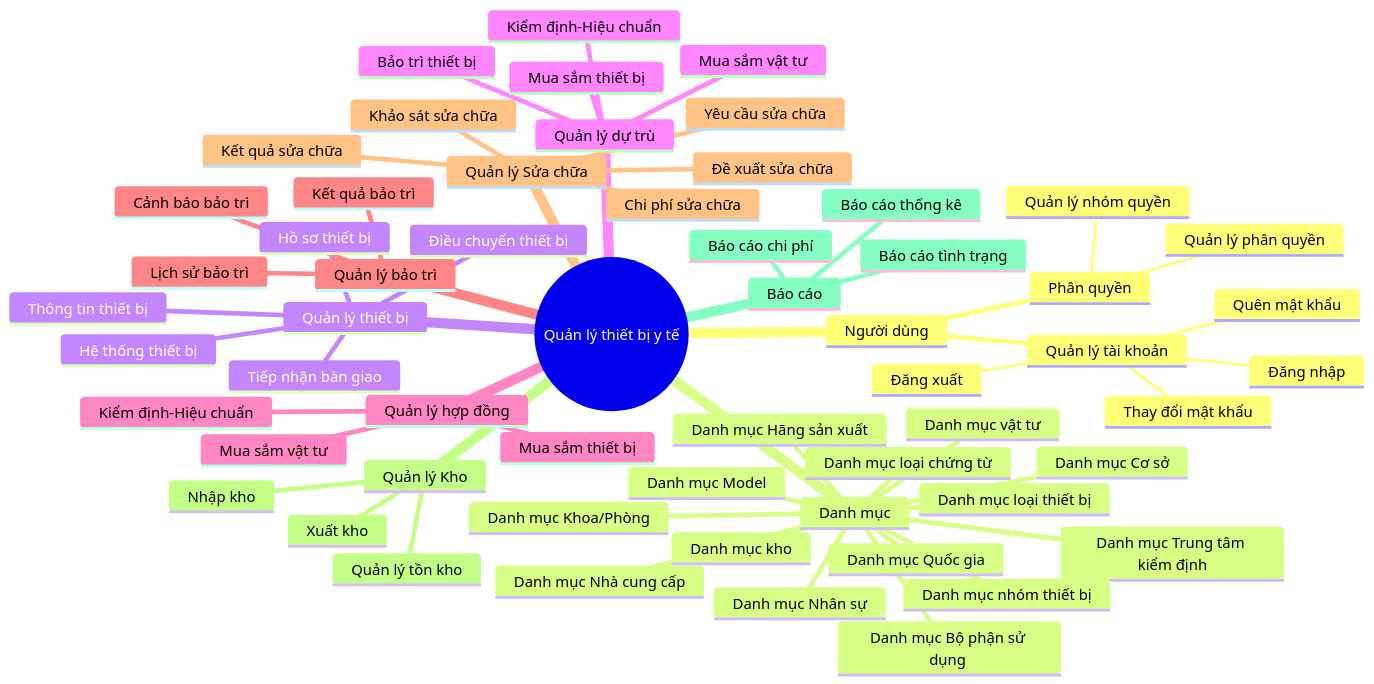
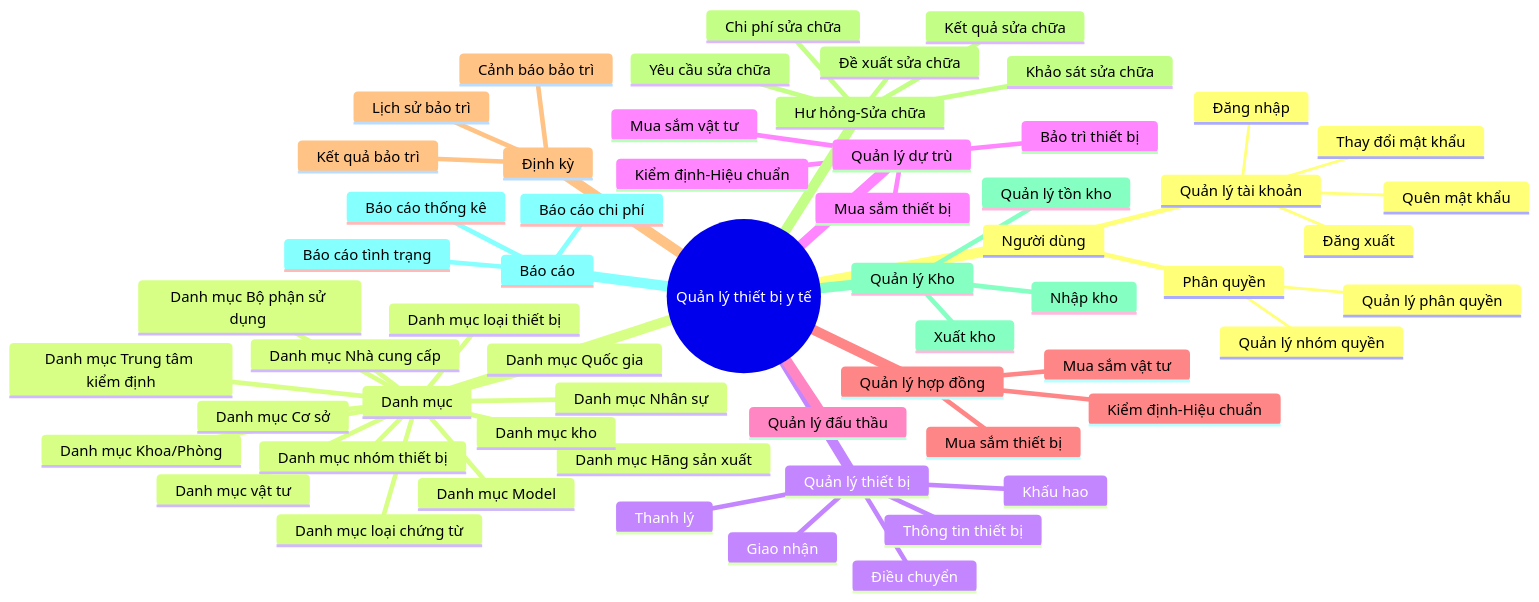
One commit to nthanhdo/mems-brainstorm changed the diagram in mindmap.md. Above: the diagram before and after it, drawn with Mermaid.

````diff
--- a/mindmap.md
+++ b/mindmap.md
@@ -1,72 +1,74 @@
 ```mermaid
 mindmap
   root((Quản lý thiết bị y tế))
     Người dùng
       Quản lý tài khoản
          Đăng nhập
          Đăng xuất
          Thay đổi mật khẩu
          Quên mật khẩu
          
       Phân quyền
          Quản lý nhóm quyền
          Quản lý phân quyền
 
     Danh mục
       Danh mục Cơ sở
       Danh mục Khoa/Phòng
       Danh mục Bộ phận sử dụng 
       Danh mục Nhân sự
       Danh mục Quốc gia
       Danh mục Hãng sản xuất
       Danh mục Model
       Danh mục kho
       Danh mục Nhà cung cấp
       Danh mục Trung tâm kiểm định
       Danh mục nhóm thiết bị
       Danh mục loại thiết bị
       Danh mục vật tư
       Danh mục loại chứng từ
 
     Quản lý thiết bị
       Thông tin thiết bị
-      Hồ sơ thiết bị
-      Hệ thống thiết bị
-      Tiếp nhận bàn giao
-      Điều chuyển thiết bị
+      Giao nhận
+      Điều chuyển
+      Khấu hao
+      Thanh lý
 
     Quản lý dự trù
       Mua sắm thiết bị
       Mua sắm vật tư
       Bảo trì thiết bị
       Kiểm định-Hiệu chuẩn
 
+    Quản lý đấu thầu
+
     Quản lý hợp đồng
       Mua sắm thiết bị
       Mua sắm vật tư
       Kiểm định-Hiệu chuẩn
       
-    Quản lý bảo trì
+    Định kỳ
       Kết quả bảo trì
       Lịch sử bảo trì
       Cảnh báo bảo trì
 
-    Quản lý Sửa chữa
+    Hư hỏng-Sửa chữa
       Yêu cầu sửa chữa
       Khảo sát sửa chữa
       Đề xuất sửa chữa
       Kết quả sửa chữa
       Chi phí sửa chữa
 
     Quản lý Kho
       Quản lý tồn kho
       Nhập kho
       Xuất kho
 
     Báo cáo
       Báo cáo thống kê
       Báo cáo tình trạng
       Báo cáo chi phí
    
 
 ```
````
